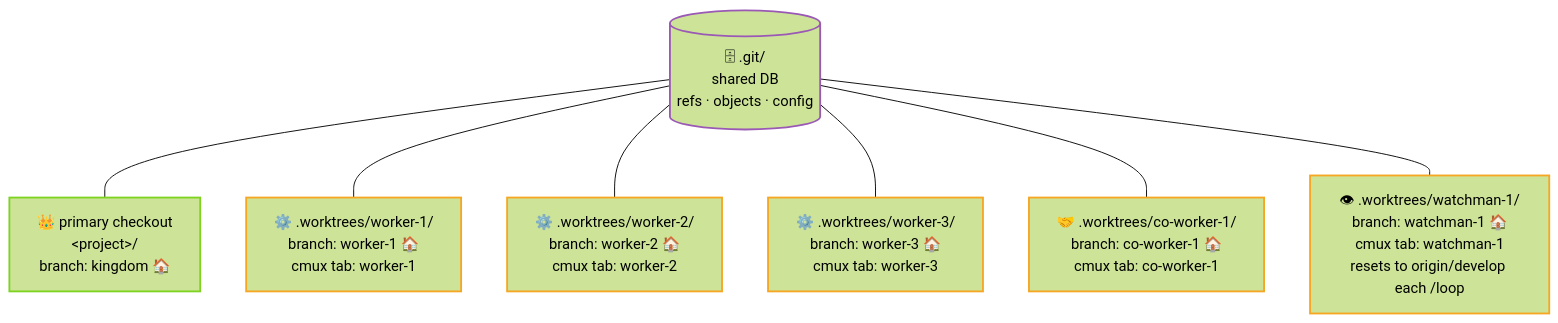
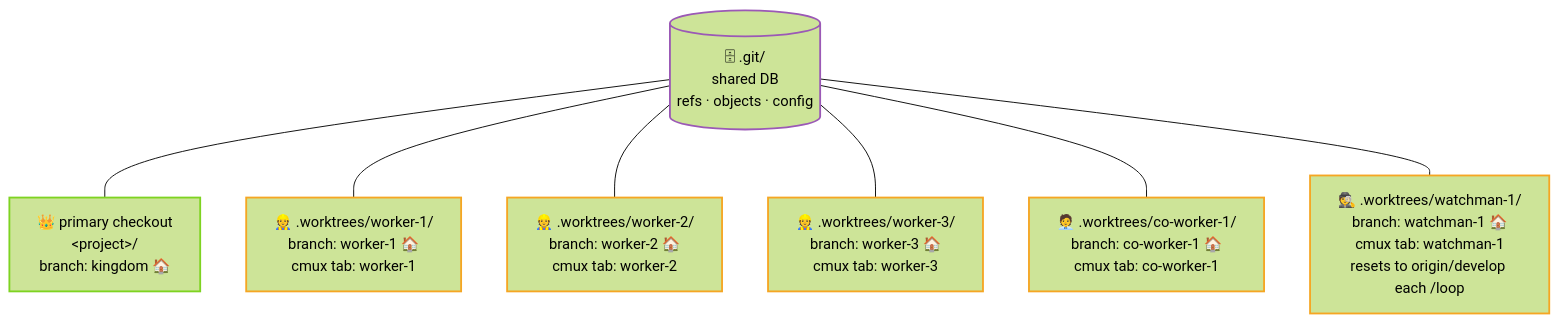
Before and after one commit to chatthong/kingdom: the second of 4 diagrams in .kingdom/.setting/git.md, drawn with Mermaid (forest theme). The commit also changed other lines of this file and 12 other files, not shown here.

````diff
--- a/.kingdom/.setting/git.md
+++ b/.kingdom/.setting/git.md
@@ -63,25 +63,25 @@
 ```mermaid
 graph TB
     DB[("🗄 .git/\nshared DB\nrefs · objects · config")]
 
     PRI["👑 primary checkout\n&lt;project&gt;/\nbranch: kingdom 🏠"]
-    WT1["⚙️ .worktrees/worker-1/\nbranch: worker-1 🏠\ncmux tab: worker-1"]
-    WT2["⚙️ .worktrees/worker-2/\nbranch: worker-2 🏠\ncmux tab: worker-2"]
-    WT3["⚙️ .worktrees/worker-3/\nbranch: worker-3 🏠\ncmux tab: worker-3"]
-    WC1["🤝 .worktrees/co-worker-1/\nbranch: co-worker-1 🏠\ncmux tab: co-worker-1"]
-    WWM["👁 .worktrees/watchman-1/\nbranch: watchman-1 🏠\ncmux tab: watchman-1\nresets to origin/develop each /loop"]
+    WT1["👷 .worktrees/worker-1/\nbranch: worker-1 🏠\ncmux tab: worker-1"]
+    WT2["👷 .worktrees/worker-2/\nbranch: worker-2 🏠\ncmux tab: worker-2"]
+    WT3["👷 .worktrees/worker-3/\nbranch: worker-3 🏠\ncmux tab: worker-3"]
+    WC1["🧑‍💼 .worktrees/co-worker-1/\nbranch: co-worker-1 🏠\ncmux tab: co-worker-1"]
+    WWM["🕵️ .worktrees/watchman-1/\nbranch: watchman-1 🏠\ncmux tab: watchman-1\nresets to origin/develop each /loop"]
 
     DB --- PRI
     DB --- WT1
     DB --- WT2
     DB --- WT3
     DB --- WC1
     DB --- WWM
 
     classDef wt stroke:#f5a623,stroke-width:2px
     classDef db stroke:#9b59b6,stroke-width:2px
     classDef king stroke:#7ed321,stroke-width:2px
     class WT1,WT2,WT3,WC1,WWM wt
     class DB db
     class PRI king
 ```
````
